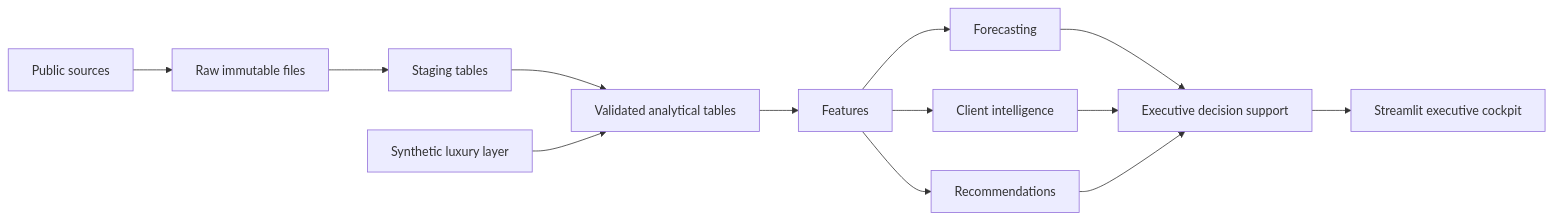
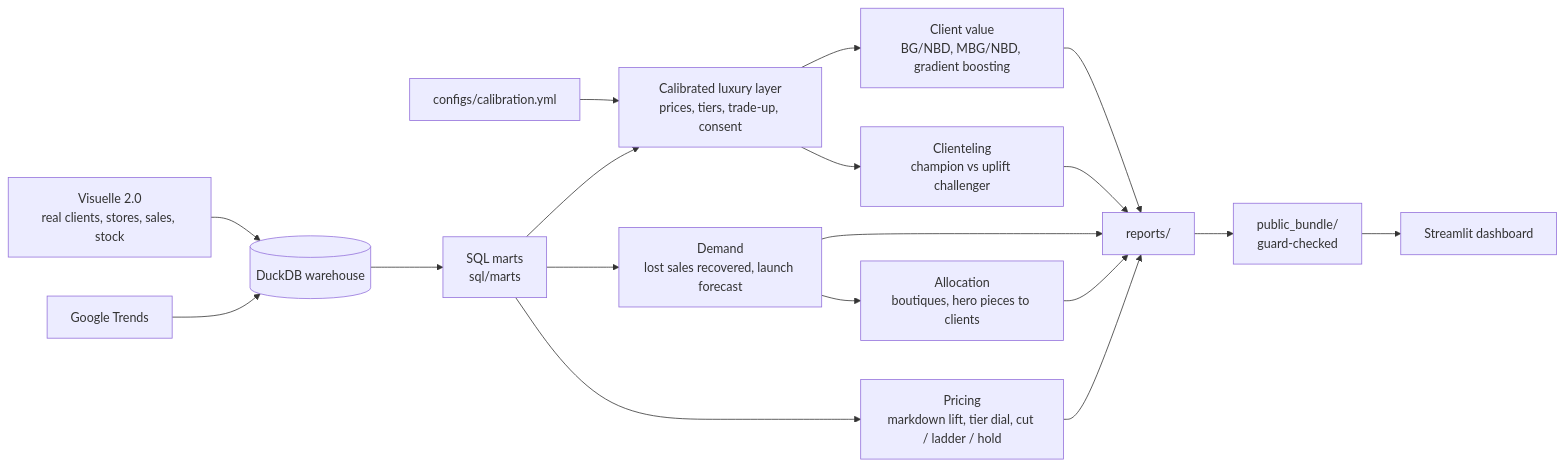
Before and after one commit to SanviNora/Couture-Atelier-Intelligence: the diagram in docs/architecture.md, drawn with Mermaid. The commit also changed other lines of this file and 80 other files, not shown here.

First line of the commit message:
Pricing module, reproducible rebuilds, leaner dashboard, memo and CI

````diff
--- a/docs/architecture.md
+++ b/docs/architecture.md
@@ -3,15 +3,16 @@
 ```mermaid
 flowchart LR
-    A[Public sources] --> B[Raw immutable files]
-    B --> C[Staging tables]
-    C --> D[Validated analytical tables]
-    S[Synthetic luxury layer] --> D
-    D --> E[Features]
-    E --> F[Forecasting]
-    E --> G[Client intelligence]
-    E --> H[Recommendations]
-    F --> I[Executive decision support]
-    G --> I
-    H --> I
-    I --> J[Streamlit executive cockpit]
+    V[Visuelle 2.0<br/>real clients, stores, sales, stock] --> W[(DuckDB warehouse)]
+    T[Google Trends] --> W
+    W --> M[SQL marts<br/>sql/marts]
+    C[configs/calibration.yml] --> L[Calibrated luxury layer<br/>prices, tiers, trade-up, consent]
+    M --> L
+    L --> CV[Client value<br/>BG/NBD, MBG/NBD, gradient boosting]
+    L --> CL[Clienteling<br/>champion vs uplift challenger]
+    M --> D[Demand<br/>lost sales recovered, launch forecast]
+    D --> A[Allocation<br/>boutiques, hero pieces to clients]
+    M --> P[Pricing<br/>markdown lift, tier dial, cut / ladder / hold]
+    CV & CL & D & A & P --> R[reports/]
+    R --> B[public_bundle/<br/>guard-checked]
+    B --> UI[Streamlit dashboard]
 ```
````
